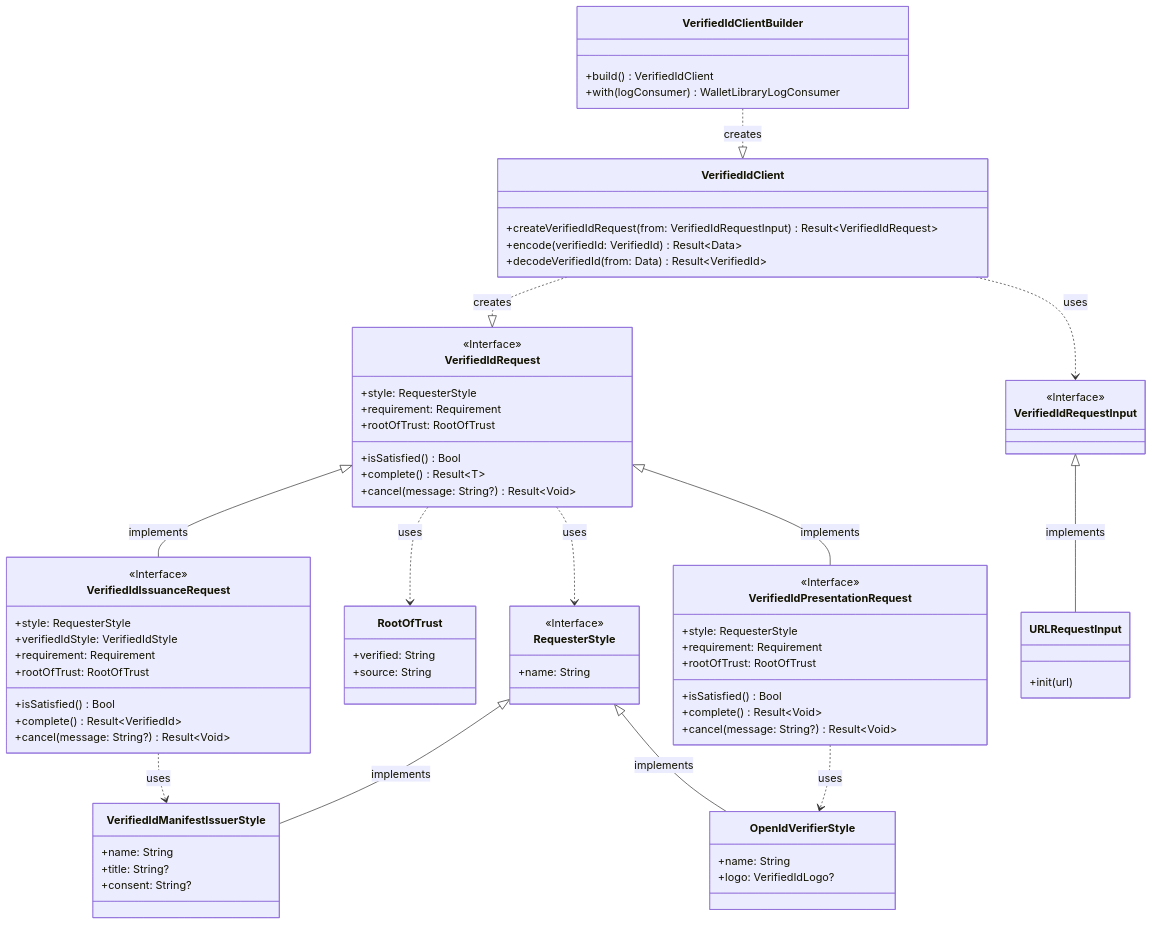
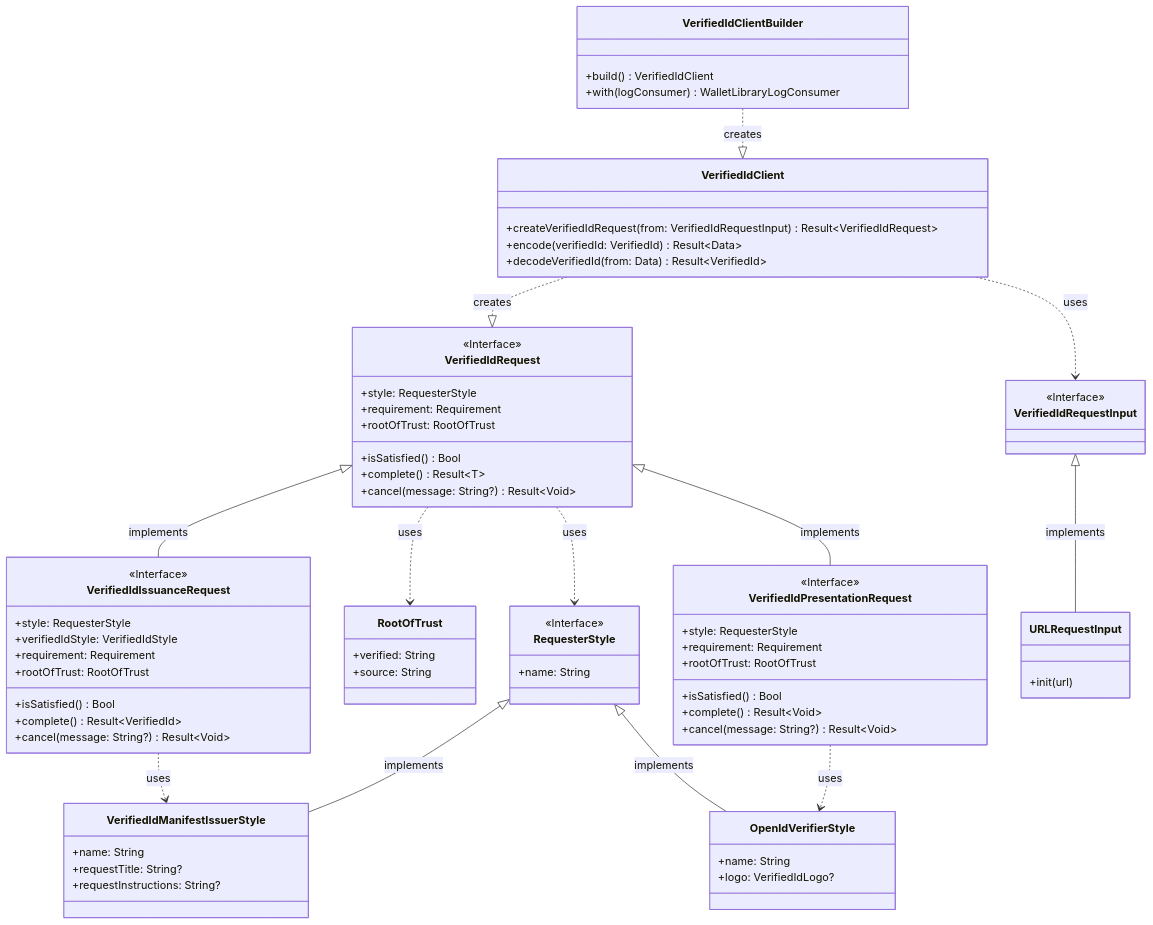
Before and after one commit to microsoft/entra-verifiedid-wallet-library-ios: the first of 3 diagrams in Docs/LibraryArchitecture.md, drawn with Mermaid. The commit also changed 6 other files, not shown here.

Commit message:
Add requestTitle and requestInstructions to issuer style.

````diff
--- a/Docs/LibraryArchitecture.md
+++ b/Docs/LibraryArchitecture.md
@@ -5,76 +5,76 @@
 ```mermaid
 classDiagram
 VerifiedIdClientBuilder ..|> VerifiedIdClient: creates
 VerifiedIdClient ..|> VerifiedIdRequest: creates
 VerifiedIdRequest ..> RequesterStyle: uses
 VerifiedIdRequest ..> RootOfTrust: uses
 VerifiedIdRequest <|-- VerifiedIdIssuanceRequest: implements
 VerifiedIdRequest <|-- VerifiedIdPresentationRequest: implements
 VerifiedIdClient ..> VerifiedIdRequestInput: uses
 VerifiedIdRequestInput <|-- URLRequestInput: implements
 RequesterStyle <|-- VerifiedIdManifestIssuerStyle: implements
 VerifiedIdPresentationRequest ..> OpenIdVerifierStyle: uses
 RequesterStyle <|-- OpenIdVerifierStyle: implements
 VerifiedIdIssuanceRequest ..> VerifiedIdManifestIssuerStyle: uses
 class VerifiedIdClientBuilder{
     +build() VerifiedIdClient
     +with(logConsumer) WalletLibraryLogConsumer
 }
 class VerifiedIdClient{
     +createVerifiedIdRequest(from: VerifiedIdRequestInput) Result<<T>VerifiedIdRequest>
     +encode(verifiedId: VerifiedId) Result<<T>Data>
     +decodeVerifiedId(from: Data) Result<<T>VerifiedId>
 }
 <<Interface>> VerifiedIdRequestInput
 class URLRequestInput{
     +init(url)
 }
 <<Interface>> VerifiedIdRequest
 class VerifiedIdRequest{
     +style: RequesterStyle
     +requirement: Requirement
     +rootOfTrust: RootOfTrust
     +isSatisfied() Bool
     +complete() Result<<T>T>
     +cancel(message: String?) Result<<T>Void>
 }
 <<Interface>> VerifiedIdIssuanceRequest
 class VerifiedIdIssuanceRequest{
     +style: RequesterStyle
     +verifiedIdStyle: VerifiedIdStyle
     +requirement: Requirement
     +rootOfTrust: RootOfTrust
     +isSatisfied() Bool
     +complete() Result<<T>VerifiedId>
     +cancel(message: String?) Result<<T>Void>
 }
 <<Interface>> VerifiedIdPresentationRequest
 class VerifiedIdPresentationRequest{
     +style: RequesterStyle
     +requirement: Requirement
     +rootOfTrust: RootOfTrust
     +isSatisfied() Bool
     +complete() Result<<T>Void>
     +cancel(message: String?) Result<<T>Void>
 }
 
 class RootOfTrust{
     +verified: String
     +source: String
 }
 <<Interface>> RequesterStyle
 class RequesterStyle{
     +name: String
 }
 
 class VerifiedIdManifestIssuerStyle{
     +name: String
-    +title: String?
-    +consent: String?
+    +requestTitle: String?
+    +requestInstructions: String?
 }
 
 class OpenIdVerifierStyle{
     +name: String
     +logo: VerifiedIdLogo?
 }
 ```
````
